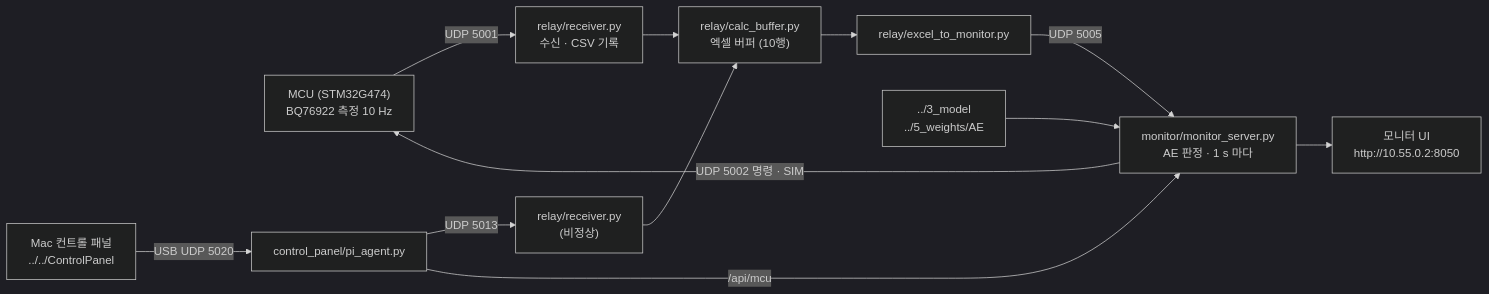
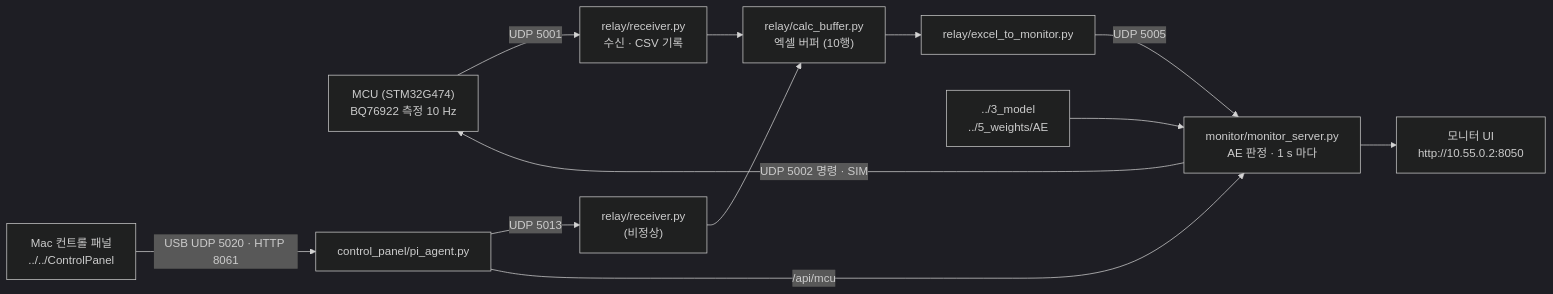
Before and after one commit to DDongs068/2026ESWContest_mobility_kimdongwooteam: the diagram in AI_AutoEncoder(RaspberryPi)/RaspberryPi/README.md, drawn with Mermaid (dark theme). The commit also changed other lines of this file and 16 other files, not shown here.

First line of the commit message:
Remove personal paths; align diagrams and docs with final system

````diff
--- a/AI_AutoEncoder(RaspberryPi)/RaspberryPi/README.md
+++ b/AI_AutoEncoder(RaspberryPi)/RaspberryPi/README.md
@@ -10,14 +10,14 @@
 ```mermaid
 flowchart LR
     MCU["MCU (STM32G474)<br/>BQ76922 측정 10 Hz"] -- "UDP 5001" --> RX["relay/receiver.py<br/>수신 · CSV 기록"]
-    PANEL["Mac 컨트롤 패널<br/>../../ControlPanel"] -- "USB UDP 5020" --> AG["control_panel/pi_agent.py"]
+    PANEL["Mac 컨트롤 패널<br/>../../ControlPanel"] -- "USB UDP 5020 · HTTP 8061" --> AG["control_panel/pi_agent.py"]
     AG -- "UDP 5013" --> RX2["relay/receiver.py<br/>(비정상)"]
     RX --> BUF["relay/calc_buffer.py<br/>엑셀 버퍼 (10행)"]
     RX2 --> BUF
     BUF --> X2M["relay/excel_to_monitor.py"]
     X2M -- "UDP 5005" --> MON["monitor/monitor_server.py<br/>AE 판정 · 1 s 마다"]
     MODEL["../3_model<br/>../5_weights/AE"] --> MON
     MON --> UI["모니터 UI<br/>http://10.55.0.2:8050"]
     AG -- "/api/mcu" --> MON
     MON -- "UDP 5002 명령 · SIM" --> MCU
 ```
````
